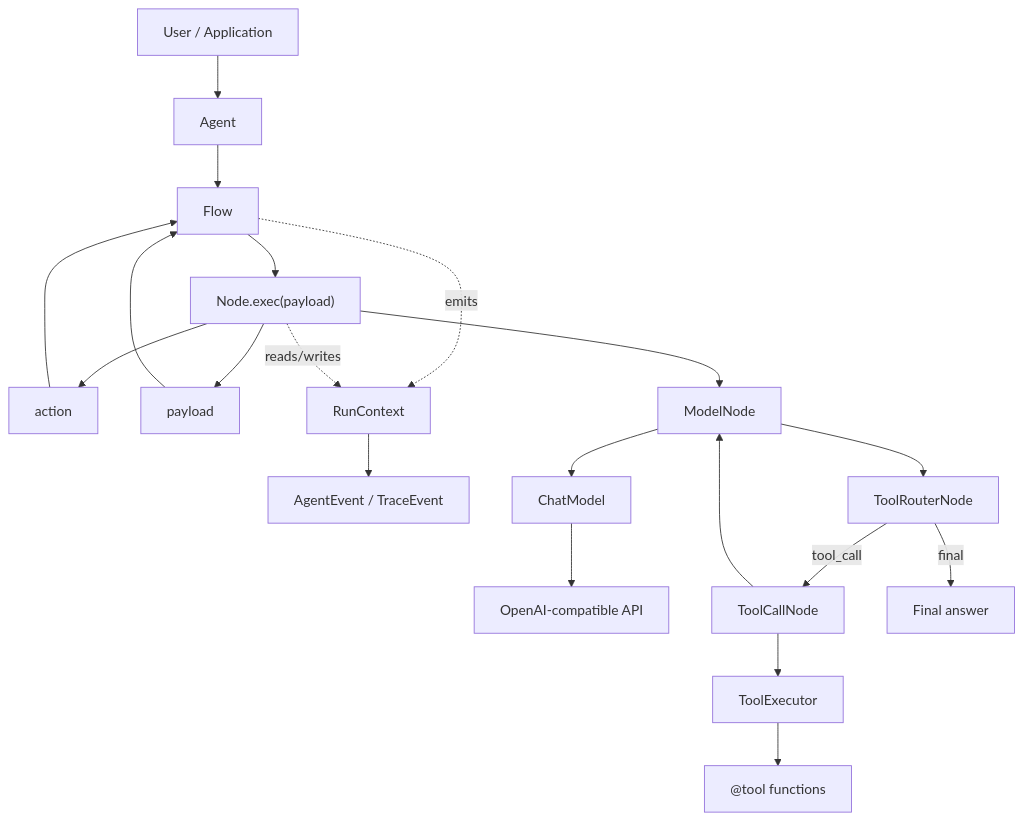
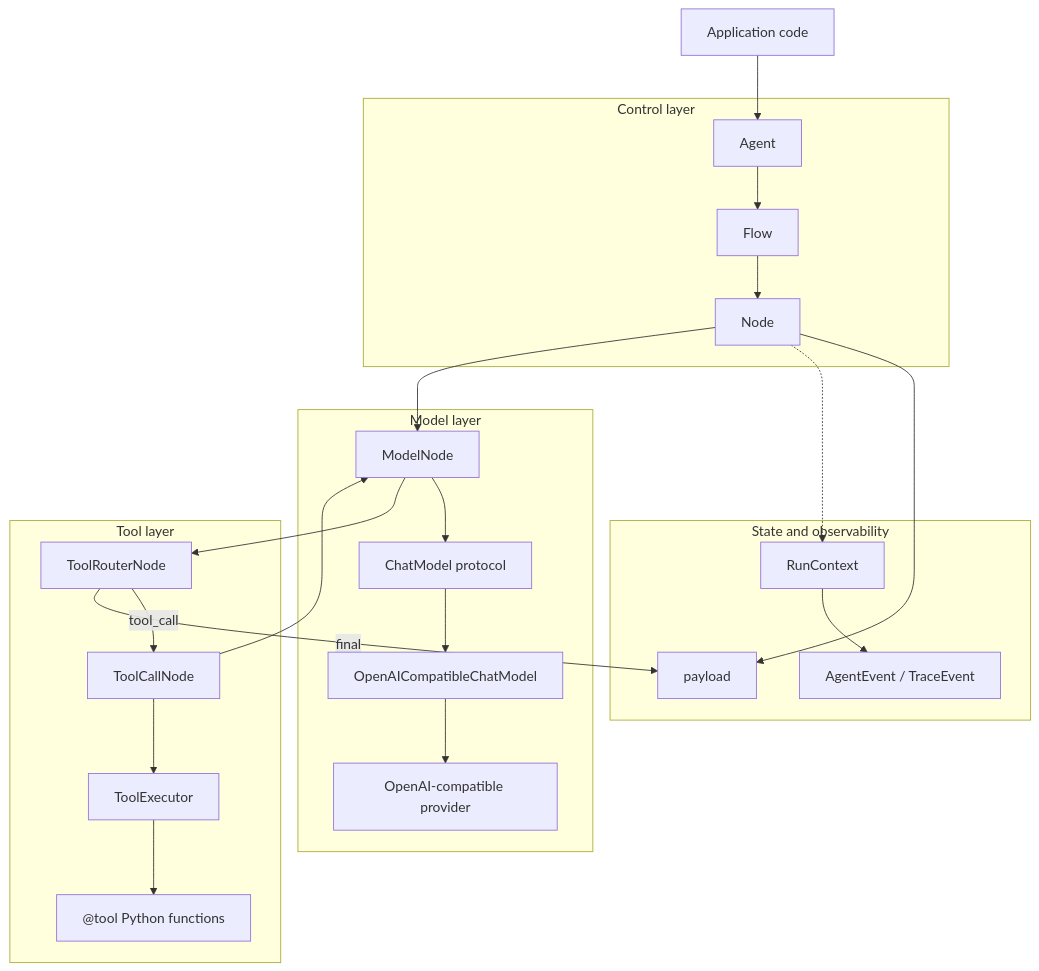
The first of 2 diagrams in README.md (Lancetwang/agent-core-runtime), drawn with Mermaid before and after one commit. The commit also changed other lines of this file and 11 other files, not shown here.

````diff
--- a/README.md
+++ b/README.md
@@ -21,25 +22,42 @@
 ```mermaid
 flowchart TD
-    User["User / Application"] --> Agent["Agent"]
+    App["Application code"] --> Agent["Agent"]
     Agent --> Flow["Flow"]
-    Flow --> Node["Node.exec(payload)"]
-    Node --> Action["action"]
-    Action --> Flow
-    Node --> Payload["payload"]
-    Payload --> Flow
+    Flow --> Node["Node"]
 
-    Flow -. emits .-> Context["RunContext"]
-    Node -. reads/writes .-> Context
-    Context --> Events["AgentEvent / TraceEvent"]
+    subgraph Control["Control layer"]
+        Agent
+        Flow
+        Node
+    end
 
-    Node --> ModelNode["ModelNode"]
-    ModelNode --> ChatModel["ChatModel"]
-    ChatModel --> LLM["OpenAI-compatible API"]
+    subgraph State["State and observability"]
+        Payload["payload"]
+        Context["RunContext"]
+        Events["AgentEvent / TraceEvent"]
+    end
 
-    ModelNode --> ToolRouter["ToolRouterNode"]
-    ToolRouter -->|"tool_call"| ToolCall["ToolCallNode"]
-    ToolCall --> Executor["ToolExecutor"]
-    Executor --> Tools["@tool functions"]
+    subgraph Model["Model layer"]
+        ModelNode["ModelNode"]
+        ChatModel["ChatModel protocol"]
+        OpenAIAdapter["OpenAICompatibleChatModel"]
+        Provider["OpenAI-compatible provider"]
+    end
+
+    subgraph Tooling["Tool layer"]
+        ToolRouter["ToolRouterNode"]
+        ToolCall["ToolCallNode"]
+        Executor["ToolExecutor"]
+        ToolFns["@tool Python functions"]
+    end
+
+    Node --> Payload
+    Node -.-> Context
+    Context --> Events
+    Node --> ModelNode
+    ModelNode --> ChatModel --> OpenAIAdapter --> Provider
+    ModelNode --> ToolRouter
+    ToolRouter -->|"tool_call"| ToolCall --> Executor --> ToolFns
     ToolCall --> ModelNode
-    ToolRouter -->|"final"| Result["Final answer"]
+    ToolRouter -->|"final"| Payload
 ```
````
